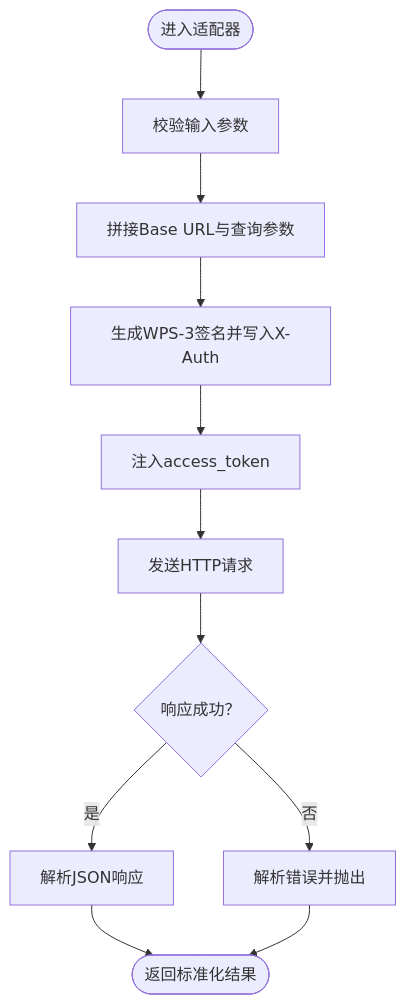
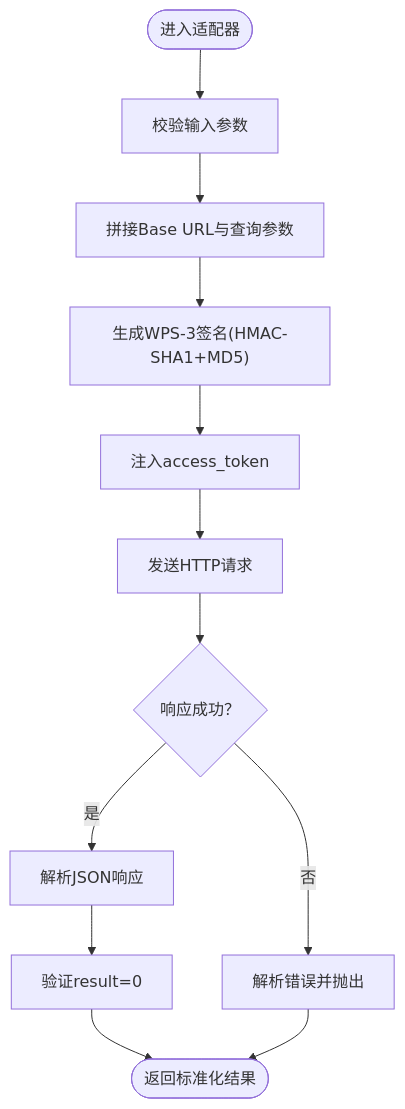
Before and after one commit to Ren-chao02/wps_dbsheet_examination_system: the third of 7 diagrams in .qoder/repowiki/zh/content/验证引擎/金山API集成.md, drawn with Mermaid. The commit also changed other lines of this file and 64 other files, not shown here.

````diff
--- a/.qoder/repowiki/zh/content/验证引擎/金山API集成.md
+++ b/.qoder/repowiki/zh/content/验证引擎/金山API集成.md
@@ -120,13 +135,14 @@
 ```mermaid
 flowchart TD
 Start(["进入适配器"]) --> Validate["校验输入参数"]
 Validate --> BuildURL["拼接Base URL与查询参数"]
-BuildURL --> Sign["生成WPS-3签名并写入X-Auth"]
+BuildURL --> Sign["生成WPS-3签名(HMAC-SHA1+MD5)"]
 Sign --> AddToken["注入access_token"]
 AddToken --> Send["发送HTTP请求"]
 Send --> Resp{"响应成功？"}
 Resp --> |否| HandleErr["解析错误并抛出"]
 Resp --> |是| Parse["解析JSON响应"]
-Parse --> Done(["返回标准化结果"])
+Parse --> ValidateResult["验证result=0"]
+ValidateResult --> Done(["返回标准化结果"])
 HandleErr --> Done
 ```
````
